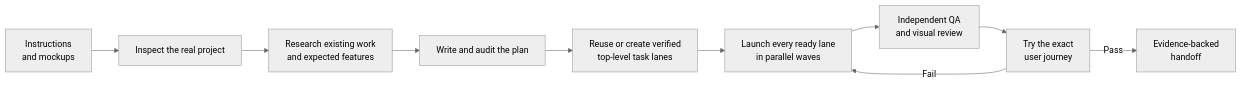
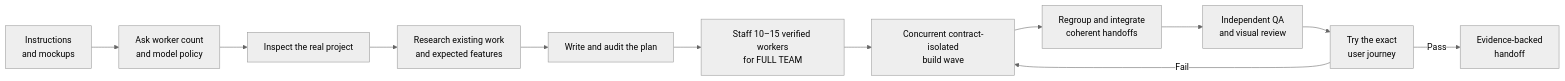
One commit to LiquidGlek/ProjectStart changed the diagram in README.md. Above: the diagram before and after it, drawn with Mermaid (neutral theme). The commit also changed other lines of this file and 17 other files, not shown here.

````diff
--- a/README.md
+++ b/README.md
@@ -47,12 +50,14 @@
 ```mermaid
 flowchart LR
-    A["Instructions<br/>and mockups"] --> B["Inspect the real project"]
+    A["Instructions<br/>and mockups"] --> S["Ask worker count<br/>and model policy"]
+    S --> B["Inspect the real project"]
     B --> C["Research existing work<br/>and expected features"]
     C --> D["Write and audit the plan"]
-    D --> E["Reuse or create verified<br/>top-level task lanes"]
-    E --> F["Launch every ready lane<br/>in parallel waves"]
-    F --> G["Independent QA<br/>and visual review"]
-    G --> H["Try the exact<br/>user journey"]
+    D --> E["Staff 10–15 verified workers<br/>for FULL TEAM"]
+    E --> F["Concurrent contract-isolated<br/>build wave"]
+    F --> G["Regroup and integrate<br/>coherent handoffs"]
+    G --> J["Independent QA<br/>and visual review"]
+    J --> H["Try the exact<br/>user journey"]
     H -->|Fail| F
     H -->|Pass| I["Evidence-backed<br/>handoff"]
 ```
````
